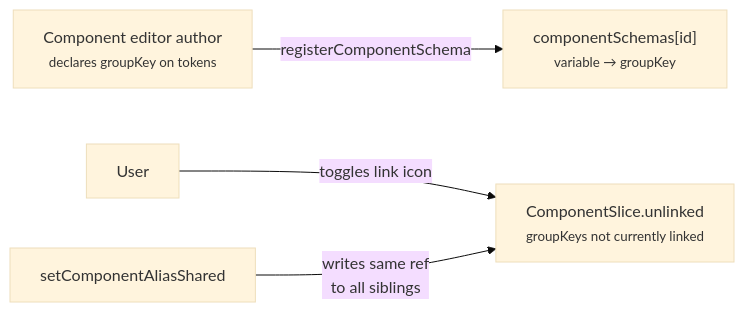
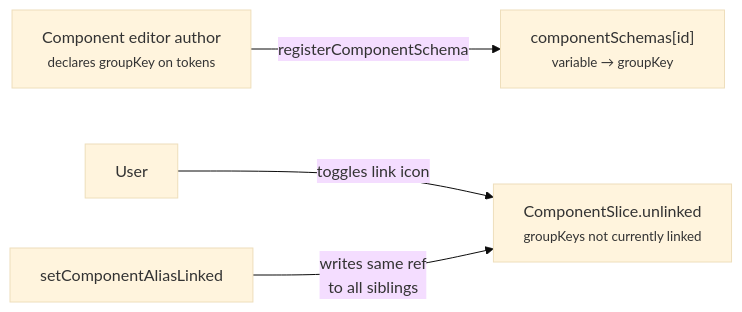
One commit to motionproto/live-tokens changed the first of 2 diagrams in docs/05-component-system.md. Above: the diagram before and after it, drawn with Mermaid (base theme). The commit also changed other lines of this file and 11 other files, not shown here.

````diff
--- a/docs/05-component-system.md
+++ b/docs/05-component-system.md
@@ -192,8 +197,8 @@
 ```mermaid
 flowchart LR
     Author["Component editor author<br/><small>declares groupKey on tokens</small>"] -- registerComponentSchema --> Schema["componentSchemas[id]<br/><small>variable → groupKey</small>"]
 
     User[User] -- toggles link icon --> Slice["ComponentSlice.unlinked<br/><small>groupKeys not currently linked</small>"]
 
-    SetAlias[setComponentAliasShared] -- "writes same ref<br/>to all siblings" --> Slice
+    SetAlias[setComponentAliasLinked] -- "writes same ref<br/>to all siblings" --> Slice
 ```
````
